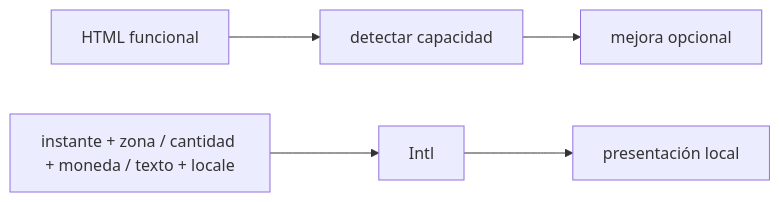
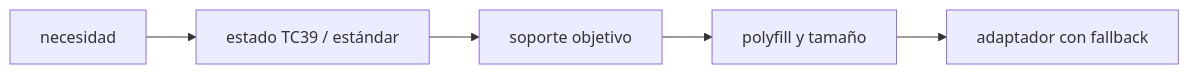
One commit to NICORUIZ93/The_Imperial_Book changed diagram 14 of 21 in web/public/content/javascript/modulo-13.md. Above: the diagram before and after it, drawn with Mermaid. The commit also changed other lines of this file and 305 other files, not shown here.

````diff
--- a/web/public/content/javascript/modulo-13.md
+++ b/web/public/content/javascript/modulo-13.md
@@ -239,5 +877,4 @@
 ```mermaid
 flowchart LR
-    BASE["HTML funcional"] --> DETECT["detectar capacidad"] --> ENHANCE["mejora opcional"]
-    DATA["instante + zona / cantidad + moneda / texto + locale"] --> INTL["Intl"] --> PRESENT["presentación local"]
+    NEED["necesidad"] --> STATUS["estado TC39 / estándar"] --> SUPPORT["soporte objetivo"] --> COST["polyfill y tamaño"] --> ADAPTER["adaptador con fallback"]
 ```
````
